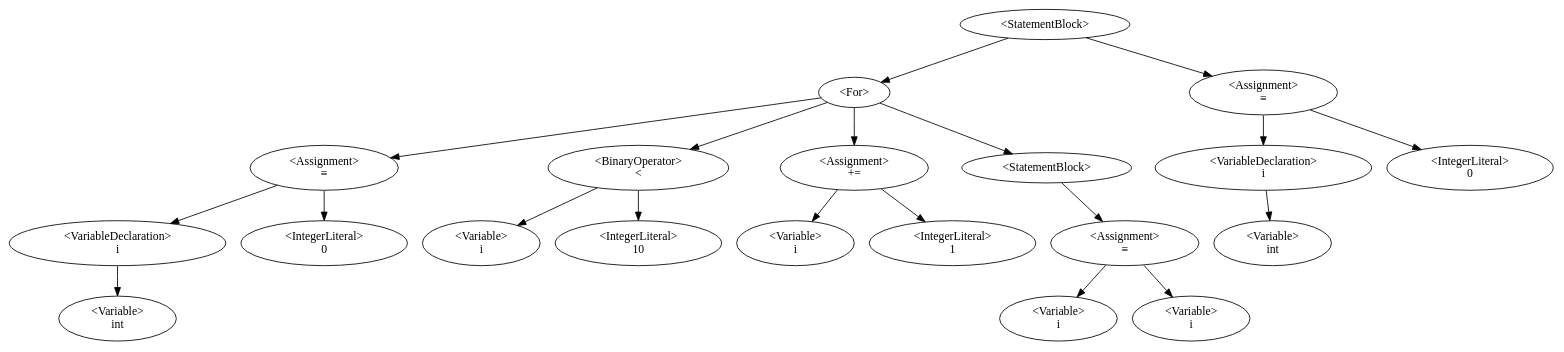
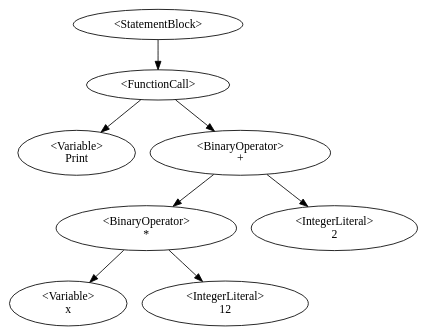
The diagram in Dino/Dino/AstDisplay.gv (QazmoQwerty/dino), drawn with Graphviz before and after one commit. The commit also changed 9 other files, not shown here.

```diff
--- a/Dino/Dino/AstDisplay.gv
+++ b/Dino/Dino/AstDisplay.gv
@@ -1,22 +1,10 @@
 digraph G {
-0 [label="<StatementBlock>"];0->1;0->18;
-1 [label="<For>"];1->4;1->7;1->10;1->12;
-4 [label="<Assignment>\n≡"];4->3;4->5;
-3 [label="<VariableDeclaration>\ni"];3->2;
-2 [label="<Variable>\nint"];
-5 [label="<IntegerLiteral>\n0"];
-7 [label="<BinaryOperator>\n<"];7->6;7->8;
-6 [label="<Variable>\ni"];
-8 [label="<IntegerLiteral>\n10"];
-10 [label="<Assignment>\n+="];10->9;10->11;
-9 [label="<Variable>\ni"];
-11 [label="<IntegerLiteral>\n1"];
-12 [label="<StatementBlock>"];12->14;
-14 [label="<Assignment>\n≡"];14->13;14->15;
-13 [label="<Variable>\ni"];
-15 [label="<Variable>\ni"];
-18 [label="<Assignment>\n≡"];18->17;18->19;
-17 [label="<VariableDeclaration>\ni"];17->16;
-16 [label="<Variable>\nint"];
-19 [label="<IntegerLiteral>\n0"];
+0 [label="<StatementBlock>"];0->2;
+2 [label="<FunctionCall>\n"];2->1;2->6;
+1 [label="<Variable>\nPrint"];
+6 [label="<BinaryOperator>\n+"];6->4;6->7;
+4 [label="<BinaryOperator>\n*"];4->3;4->5;
+3 [label="<Variable>\nx"];
+5 [label="<IntegerLiteral>\n12"];
+7 [label="<IntegerLiteral>\n2"];
 }
```
